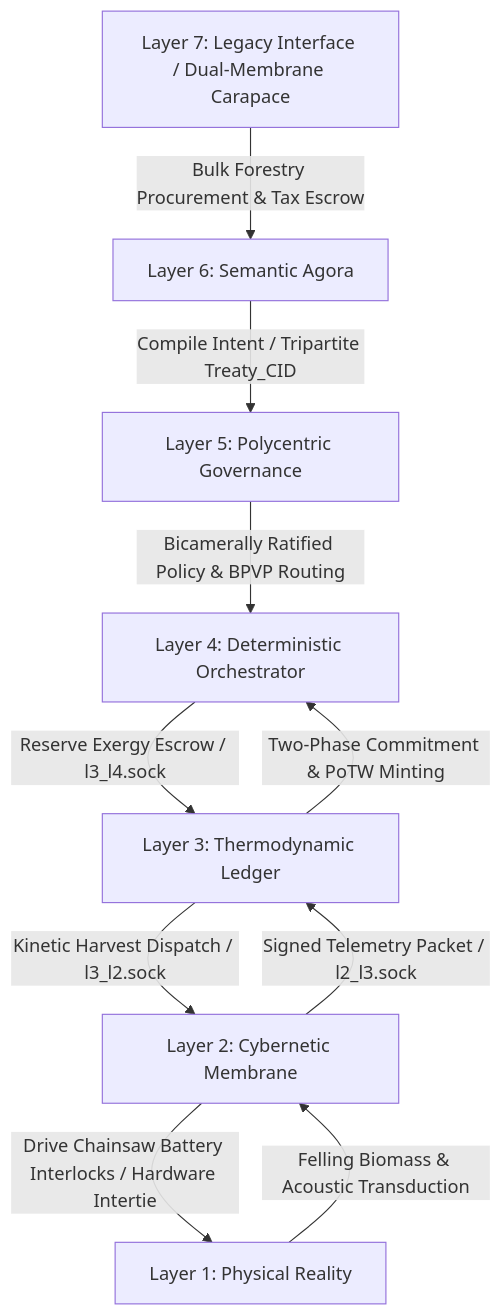
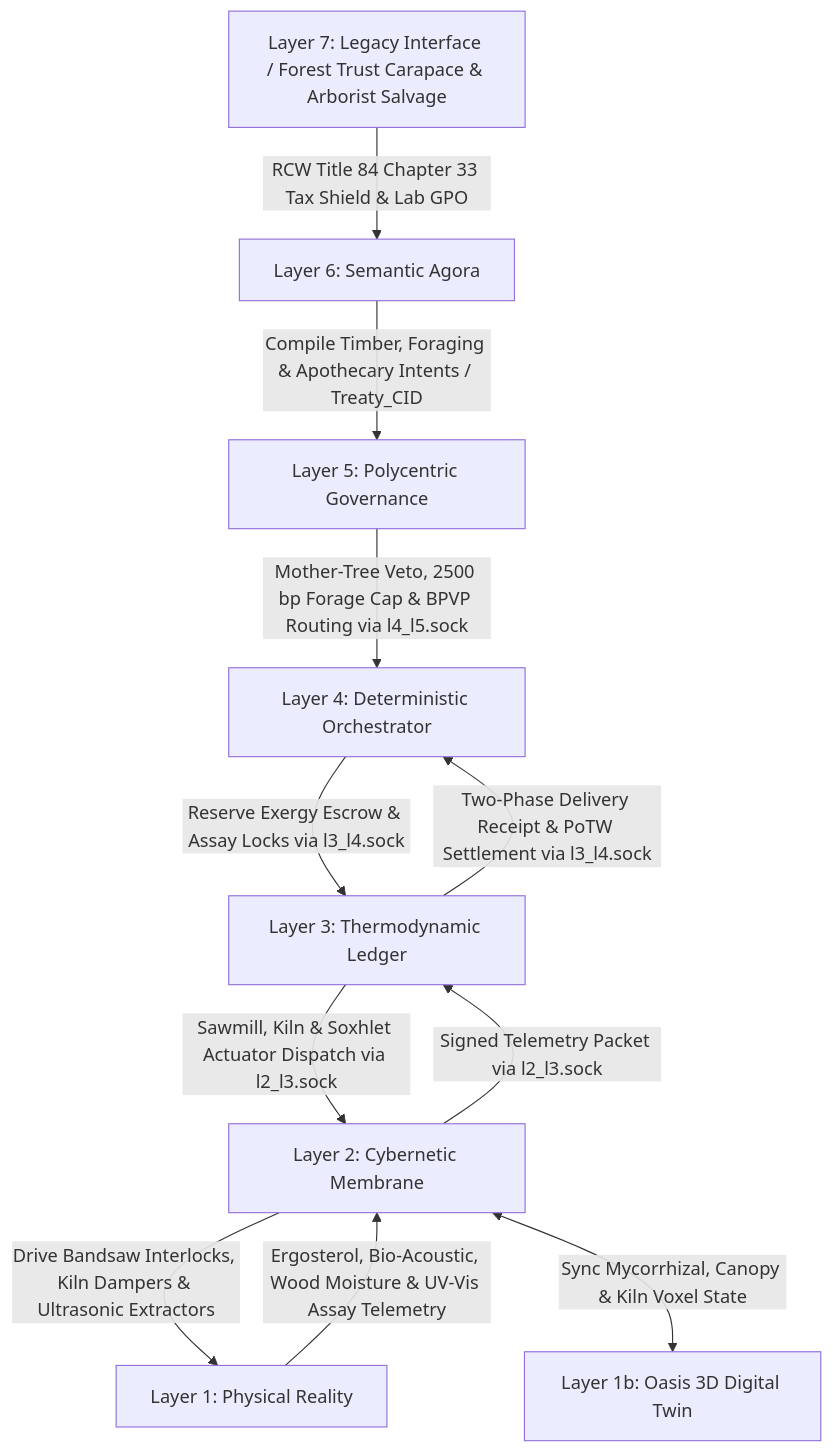
The first of 2 diagrams in docs/scenarios/eta_coppice.md (raffaine/collective), drawn with Mermaid before and after one commit. The commit also changed other lines of this file and 10 other files, not shown here.

````diff
--- a/docs/scenarios/eta_coppice.md
+++ b/docs/scenarios/eta_coppice.md
@@ -41,12 +101,13 @@
 ```mermaid
 graph TD
-    L7[Layer 7: Legacy Interface / Dual-Membrane Carapace] -->|Bulk Forestry Procurement & Tax Escrow| L6[Layer 6: Semantic Agora]
-    L6 -->|Compile Intent / Tripartite Treaty_CID| L5[Layer 5: Polycentric Governance]
-    L5 -->|Bicamerally Ratified Policy & BPVP Routing| L4[Layer 4: Deterministic Orchestrator]
-    L4 -->|Reserve Exergy Escrow / l3_l4.sock| L3[Layer 3: Thermodynamic Ledger]
-    L3 -->|Kinetic Harvest Dispatch / l3_l2.sock| L2[Layer 2: Cybernetic Membrane]
-    L2 -->|Drive Chainsaw Battery Interlocks / Hardware Intertie| L1[Layer 1: Physical Reality]
-    L1 -->|Felling Biomass & Acoustic Transduction| L2
-    L2 -->|Signed Telemetry Packet / l2_l3.sock| L3
-    L3 -->|Two-Phase Commitment & PoTW Minting| L4
+    L7[Layer 7: Legacy Interface / Forest Trust Carapace & Arborist Salvage] -->|RCW Title 84 Chapter 33 Tax Shield & Lab GPO| L6[Layer 6: Semantic Agora]
+    L6 -->|Compile Timber, Foraging & Apothecary Intents / Treaty_CID| L5[Layer 5: Polycentric Governance]
+    L5 -->|Mother-Tree Veto, 2500 bp Forage Cap & BPVP Routing via l4_l5.sock| L4[Layer 4: Deterministic Orchestrator]
+    L4 -->|Reserve Exergy Escrow & Assay Locks via l3_l4.sock| L3[Layer 3: Thermodynamic Ledger]
+    L3 -->|Sawmill, Kiln & Soxhlet Actuator Dispatch via l2_l3.sock| L2[Layer 2: Cybernetic Membrane]
+    L2 -->|Drive Bandsaw Interlocks, Kiln Dampers & Ultrasonic Extractors| L1[Layer 1: Physical Reality]
+    L2 <-->|Sync Mycorrhizal, Canopy & Kiln Voxel State| L1b[Layer 1b: Oasis 3D Digital Twin]
+    L1 -->|Ergosterol, Bio-Acoustic, Wood Moisture & UV-Vis Assay Telemetry| L2
+    L2 -->|Signed Telemetry Packet via l2_l3.sock| L3
+    L3 -->|Two-Phase Delivery Receipt & PoTW Settlement via l3_l4.sock| L4
 ```
````
